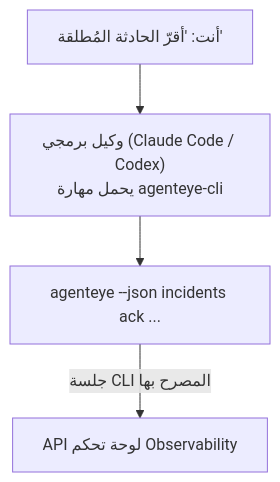
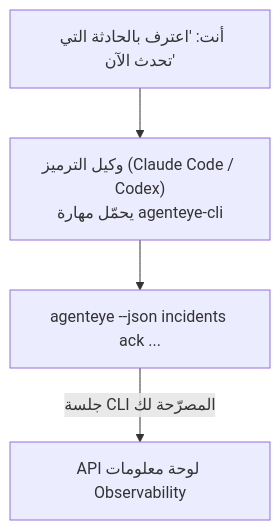
Before and after one commit to FailproofAI/failproofai: the diagram in docs/ar/agenteye/cli-skill.mdx, drawn with Mermaid. The commit also changed other lines of this file and 651 other files, not shown here.

````diff
--- a/docs/ar/agenteye/cli-skill.mdx
+++ b/docs/ar/agenteye/cli-skill.mdx
@@ -29,6 +28,6 @@
 ```mermaid
 flowchart TD
-    YOU["أنت: 'أقرّ الحادثة المُطلقة'"] --> AGENT["وكيل برمجي (Claude Code / Codex)<br/>يحمل مهارة agenteye-cli"]
+    YOU["أنت: 'اعترف بالحادثة التي تحدث الآن'"] --> AGENT["وكيل الترميز (Claude Code / Codex)<br/>يحمّل مهارة agenteye-cli"]
     AGENT --> CLI["agenteye --json incidents ack ..."]
-    CLI -->|جلسة CLI المصرح بها| API["API لوحة تحكم Observability"]
+    CLI -->|جلسة CLI المصرّحة لك| API["API لوحة معلومات Observability"]
 ```
````
